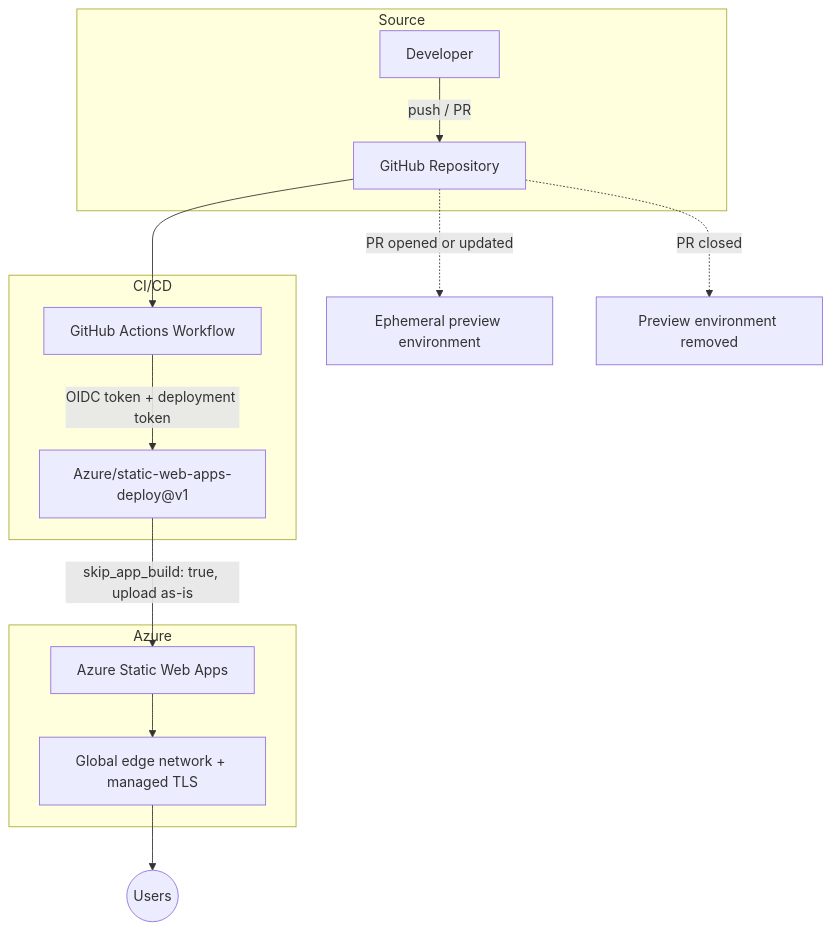
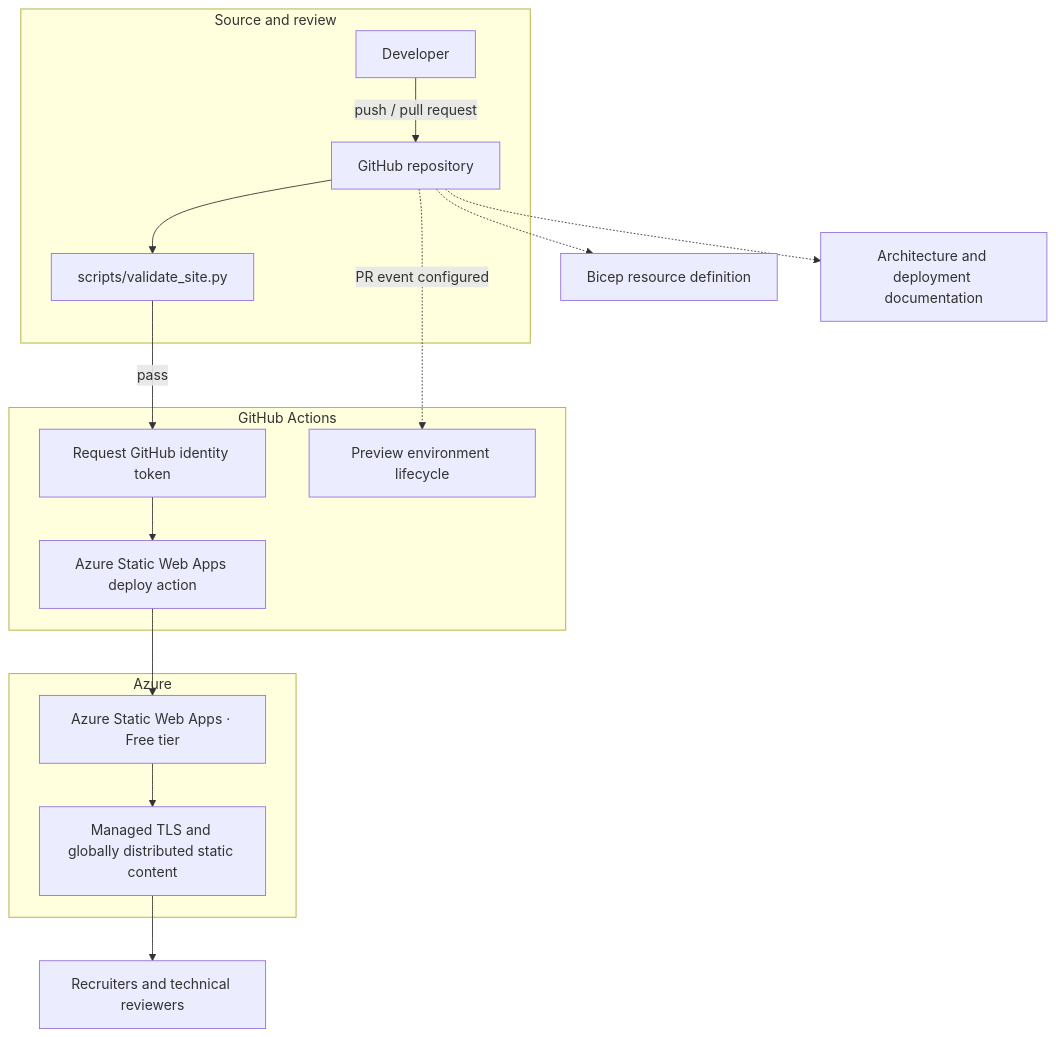
One commit to yossefseit/yossefseit.github.io changed the diagram in docs/architecture.md. Above: the diagram before and after it, drawn with Mermaid. The commit also changed other lines of this file and 5 other files, not shown here.

Commit message:
Document architecture, validation, and Azure lab roadmap

````diff
--- a/docs/architecture.md
+++ b/docs/architecture.md
@@ -7,20 +12,22 @@
 ```mermaid
 flowchart TD
-    subgraph Source
-        Dev["Developer"] -->|"push / PR"| Repo["GitHub Repository"]
+    subgraph Source["Source and review"]
+        Developer["Developer"] -->|"push / pull request"| Repository["GitHub repository"]
+        Repository --> Validator["scripts/validate_site.py"]
     end
 
-    subgraph CICD["CI/CD"]
-        Repo --> Workflow["GitHub Actions Workflow"]
-        Workflow -->|"OIDC token + deployment token"| Deploy["Azure/static-web-apps-deploy@v1"]
+    subgraph Delivery["GitHub Actions"]
+        Validator -->|"pass"| Identity["Request GitHub identity token"]
+        Identity --> Upload["Azure Static Web Apps deploy action"]
+        Repository -.->|"PR event configured"| Preview["Preview environment lifecycle"]
     end
 
-    subgraph Azure
-        Deploy -->|"skip_app_build: true, upload as-is"| SWA["Azure Static Web Apps"]
-        SWA --> Edge["Global edge network + managed TLS"]
+    subgraph Azure["Azure"]
+        Upload --> SWA["Azure Static Web Apps · Free tier"]
+        SWA --> Edge["Managed TLS and globally distributed static content"]
     end
 
-    Edge --> Users(("Users"))
-    Repo -.->|"PR opened or updated"| Preview["Ephemeral preview environment"]
-    Repo -.->|"PR closed"| Teardown["Preview environment removed"]
+    Edge --> Visitors["Recruiters and technical reviewers"]
+    Repository -.-> IaC["Bicep resource definition"]
+    Repository -.-> Runbooks["Architecture and deployment documentation"]
 ```
````
